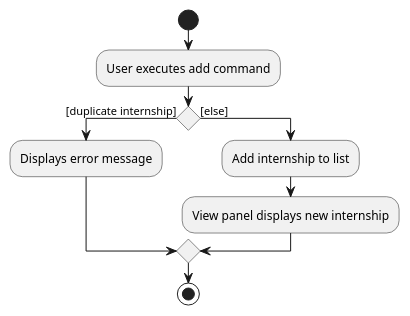
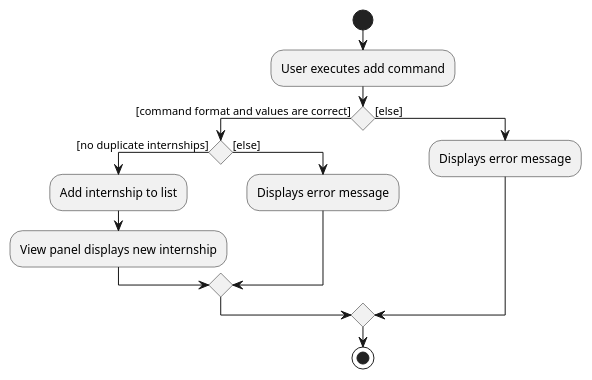
Before and after one commit to potty10/tp: the diagram in docs/diagrams/AddActivityDiagram.puml, drawn with PlantUML. The commit also changed 1 other file, not shown here.

```diff
--- a/docs/diagrams/AddActivityDiagram.puml
+++ b/docs/diagrams/AddActivityDiagram.puml
@@ -1,14 +1,27 @@
 @startuml
 'https://plantuml.com/activity-diagram-beta
 
 start
 :User executes add command;
-if () then ([duplicate internship])
-    :Displays error message;
- else ([else])
+'if () then ([duplicate internship])
+'    :Displays error message;
+' else ([else])
+'    :Add internship to list;
+'    :View panel displays new internship;
+' endif
+
+ if () then ([command format and values are correct])
+   if () then ([no duplicate internships])
     :Add internship to list;
     :View panel displays new internship;
- endif
+   else ([else])
+     :Displays error message;
+   endif
+  else ([else])
+     :Displays error message;
+  endif
+
 stop
 
+
 @enduml
```
